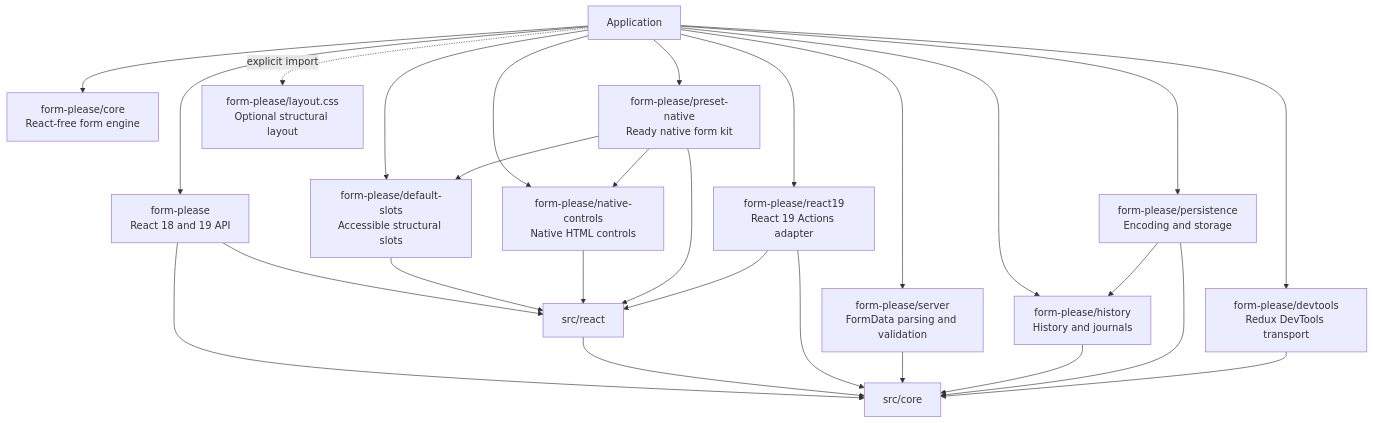
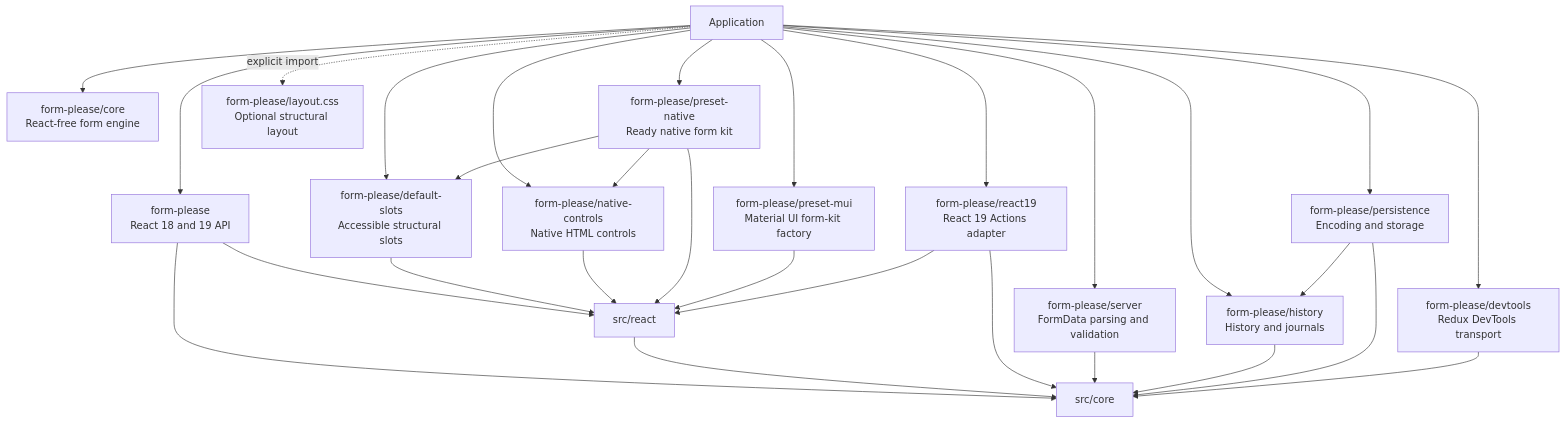
One commit to r13v/fokit changed the diagram in docs/ARCHITECTURE.md. Above: the diagram before and after it, drawn with Mermaid. The commit also changed other lines of this file and 38 other files, not shown here.

Commit message:
feat: add mui kit

````diff
--- a/docs/ARCHITECTURE.md
+++ b/docs/ARCHITECTURE.md
@@ -22,47 +22,50 @@
 ```mermaid
 flowchart TD
     App["Application"]
 
     Main["form-please<br/>React 18 and 19 API"]
     Core["form-please/core<br/>React-free form engine"]
     DefaultSlots["form-please/default-slots<br/>Accessible structural slots"]
     NativeControls["form-please/native-controls<br/>Native HTML controls"]
     PresetNative["form-please/preset-native<br/>Ready native form kit"]
+    PresetMui["form-please/preset-mui<br/>Material UI form-kit factory"]
     React19["form-please/react19<br/>React 19 Actions adapter"]
     Server["form-please/server<br/>FormData parsing and validation"]
     History["form-please/history<br/>History and journals"]
     Persistence["form-please/persistence<br/>Encoding and storage"]
     DevTools["form-please/devtools<br/>Redux DevTools transport"]
     CSS["form-please/layout.css<br/>Optional structural layout"]
 
     ReactLayer["src/react"]
     CoreLayer["src/core"]
 
     App --> Main
     App --> Core
     App --> DefaultSlots
     App --> NativeControls
     App --> PresetNative
+    App --> PresetMui
     App --> React19
     App --> Server
     App --> History
     App --> Persistence
     App --> DevTools
     App -. explicit import .-> CSS
 
     Main --> ReactLayer
     Main --> CoreLayer
     DefaultSlots --> ReactLayer
     NativeControls --> ReactLayer
     PresetNative --> DefaultSlots
     PresetNative --> NativeControls
     PresetNative --> ReactLayer
+    PresetMui --> ReactLayer
     ReactLayer --> CoreLayer
     React19 --> ReactLayer
     React19 --> CoreLayer
     Server --> CoreLayer
     History --> CoreLayer
     Persistence --> CoreLayer
     Persistence --> History
     DevTools --> CoreLayer
 ```
````
